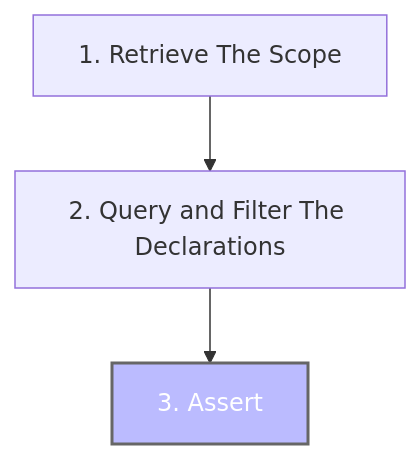
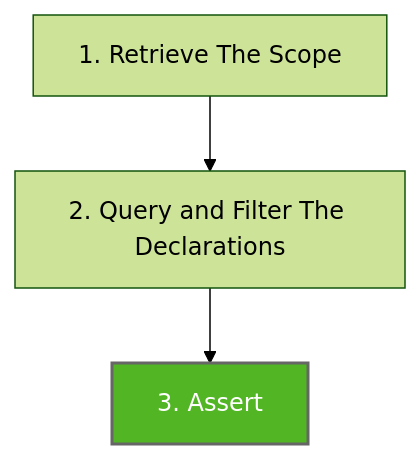
The diagram in features/assert.md (LemonAppDev/konsist-documentation), drawn with Mermaid before and after one commit. The commit also changed 3 other files, not shown here.

````diff
--- a/features/assert.md
+++ b/features/assert.md
@@ -9,7 +9,8 @@
 ```mermaid
+%%{init: {'theme':'forest'}}%%
 flowchart TB
     Step1["1. Retrieve The Scope"]-->Step2
     Step2["2. Query and Filter The Declarations"]-->Step3
     Step3["3. Assert"]
-    style Step3 fill:#bbf,stroke:#666,stroke-width:2px,color:#fff
+    style Step3 fill:#52B523,stroke:#666,stroke-width:2px,color:#fff
 ```
````
